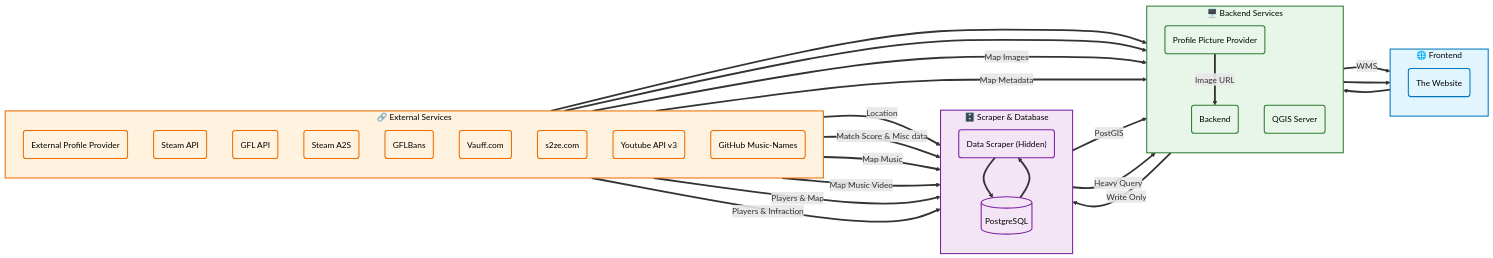
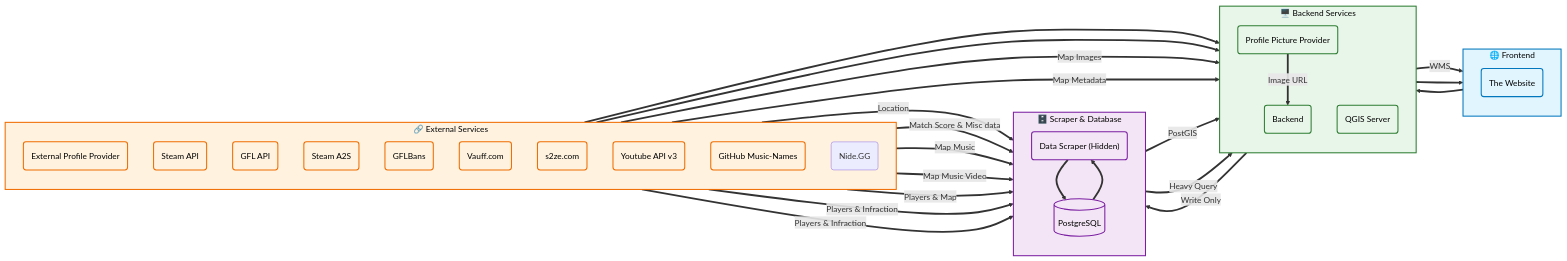
Before and after one commit to InterStella0/zegraph-web: the diagram in README.md, drawn with Mermaid. The commit also changed other lines of this file, not shown here.

````diff
--- a/README.md
+++ b/README.md
@@ -19,69 +23,71 @@
 ```mermaid
 flowchart LR
   %% Frontend
   subgraph FE["🌐 Frontend"]
     direction TB
     Website("The Website")
   end
   %% Backend & GIS
   subgraph BE["🖥️ Backend Services"]
     direction TB
     Backend("Backend")
     QGIS("QGIS Server")
     ProfileProvider("Profile Picture Provider")
   end
   %% Scraper & Database
   subgraph DSDB["🗄️ Scraper & Database"]
     direction TB
     DataScraper("Data Scraper (Hidden)")
     Database[("PostgreSQL")]
   end
   %% External services
   subgraph EX["🔗 External Services"]
     direction TB
     ExternalProfileProvider("External Profile Provider")
     SteamAPI("Steam API")
     GFLAPI("GFL API")
     SteamA2s("Steam A2S")
     GFLBans("GFLBans")
     Vauff("Vauff.com")
     S2ZE("s2ze.com")
     YouTube("Youtube API v3")
     MusicNames("GitHub Music-Names")
+    Nide("Nide.GG")
   end
   %% Connections with higher contrast arrows
   Website        ==> Backend
   QGIS           == WMS ==> Website
   Database       == PostGIS ==> QGIS
   Backend        ==>|Write Only| Database
   Database       ==>|Heavy Query| Backend
   Backend        ==> Website
   DataScraper    ==> Database
   Database       ==> DataScraper
   ProfileProvider ==>|Image URL| Backend
   SteamAPI       ==> ProfileProvider
   ExternalProfileProvider ==> ProfileProvider
   SteamAPI       ==>|Location| DataScraper
   GFLAPI       ==>|Match Score & Misc data| DataScraper
   MusicNames      ==>|Map Music| DataScraper
   YouTube      ==>|Map Music Video| DataScraper
   SteamA2s  ==>|Players & Map| DataScraper
   GFLBans        ==>|Players & Infraction| DataScraper
+  Nide        ==>|Players & Infraction| DataScraper
   Vauff          ==>|Map Images| Backend
   S2ZE      ==>|Map Metadata| Backend
   %% GitHub-friendly styles with high contrast and rounded borders
   classDef fe fill:#e1f5fe,stroke:#0277bd,stroke-width:2px,color:#000000
   classDef be fill:#e8f5e9,stroke:#2e7d32,stroke-width:2px,color:#000000
   classDef db fill:#f3e5f5,stroke:#7b1fa2,stroke-width:2px,color:#000000
   classDef ex fill:#fff3e0,stroke:#ef6c00,stroke-width:2px,color:#000000
   %% Apply styling to nodes
   class Website fe
   class Backend,QGIS,ProfileProvider be
   class DataScraper,Database db
   class ExternalProfileProvider,MusicNames,YouTube,SteamAPI,SteamA2s,GFLBans,Vauff,S2ZE,GFLAPI ex
   %% Style subgraphs with rounded corners
   style FE fill:#e1f5fe,stroke:#0277bd,stroke-width:2px,color:#000000
   style BE fill:#e8f5e9,stroke:#2e7d32,stroke-width:2px,color:#000000
   style DSDB fill:#f3e5f5,stroke:#7b1fa2,stroke-width:2px,color:#000000
   style EX fill:#fff3e0,stroke:#ef6c00,stroke-width:2px,color:#000000
 ```
````
